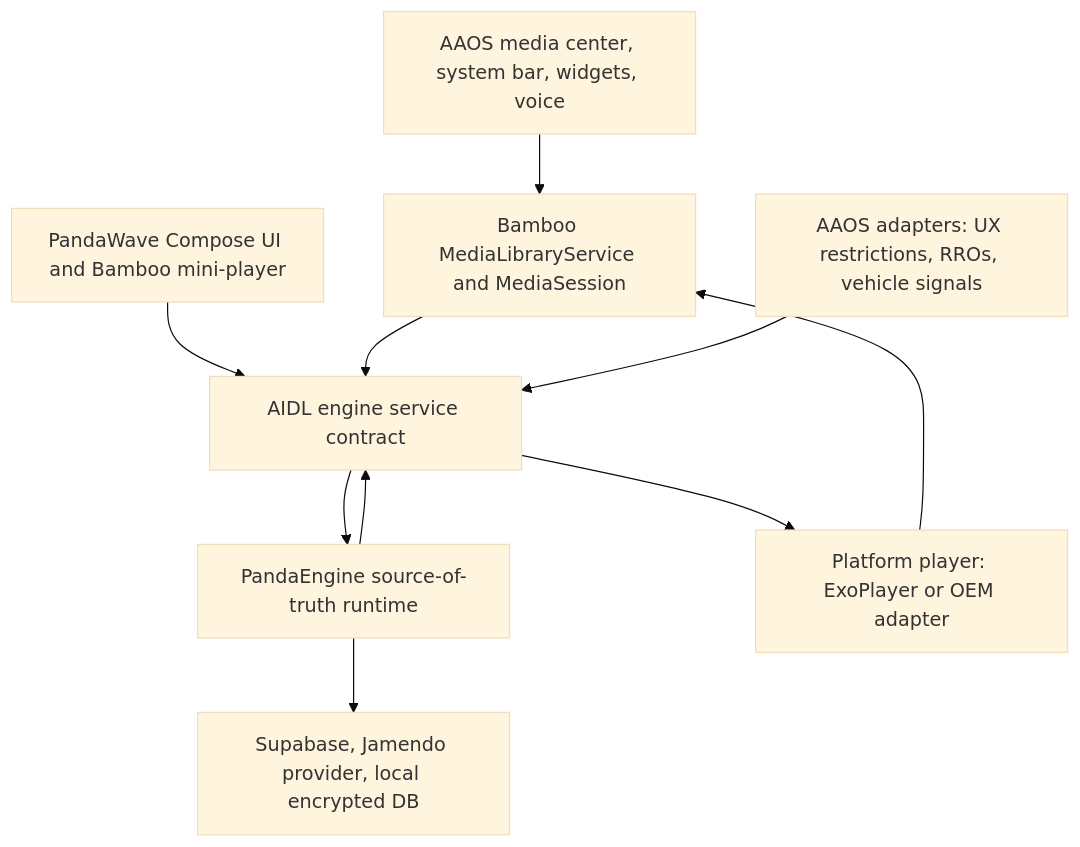
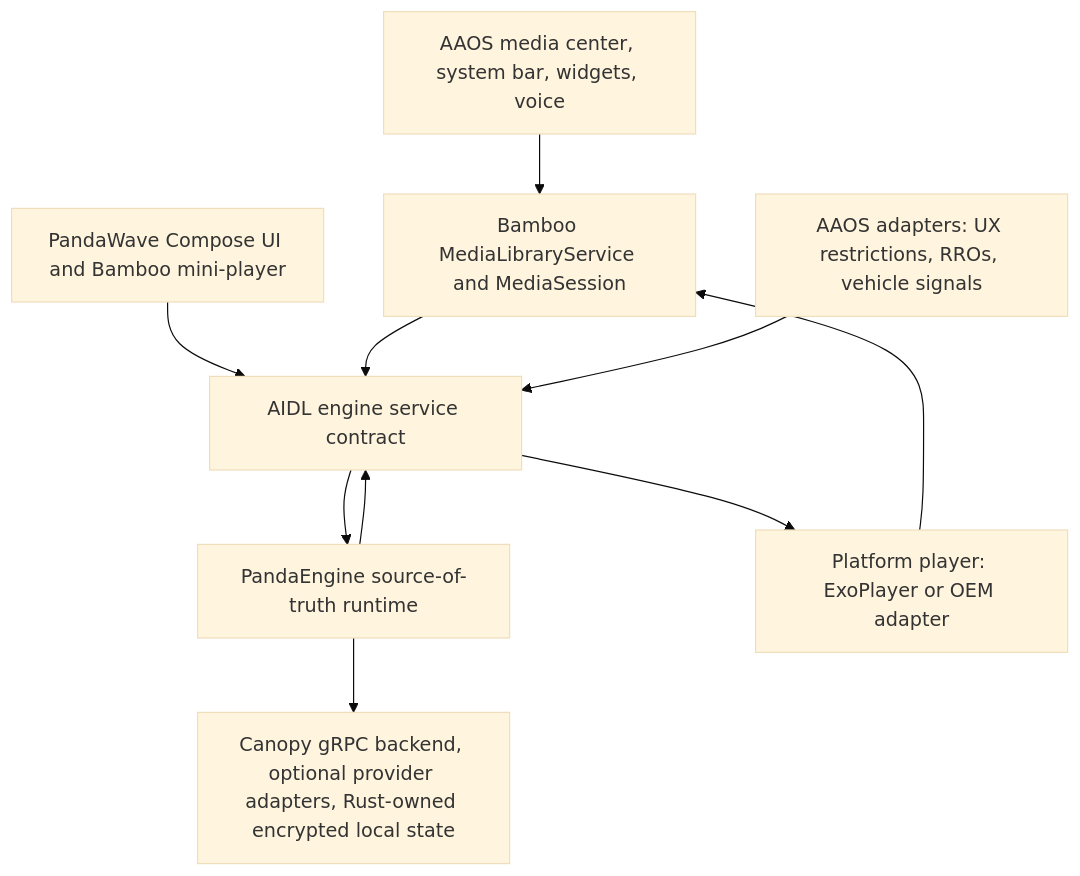
The diagram in docs/architecture-roadmap.md (adrianrusu16/Media-App), drawn with Mermaid (base theme) before and after one commit. The commit also changed other lines of this file and 8 other files, not shown here.

````diff
--- a/docs/architecture-roadmap.md
+++ b/docs/architecture-roadmap.md
@@ -22,21 +22,21 @@
 ```mermaid
 flowchart TD
     System["AAOS media center, system bar, widgets, voice"]
     Compose["PandaWave Compose UI and Bamboo mini-player"]
     Media3["Bamboo MediaLibraryService and MediaSession"]
     Car["AAOS adapters: UX restrictions, RROs, vehicle signals"]
     Aidl["AIDL engine service contract"]
     Rust["PandaEngine source-of-truth runtime"]
-    Data["Supabase, Jamendo provider, local encrypted DB"]
+    Data["Canopy gRPC backend, optional provider adapters, Rust-owned encrypted local state"]
     Player["Platform player: ExoPlayer or OEM adapter"]
 
     System --> Media3
     Compose --> Aidl
     Media3 --> Aidl
     Car --> Aidl
     Aidl --> Rust
     Rust --> Data
     Rust --> Aidl
     Aidl --> Player
     Player --> Media3
 ```
````
